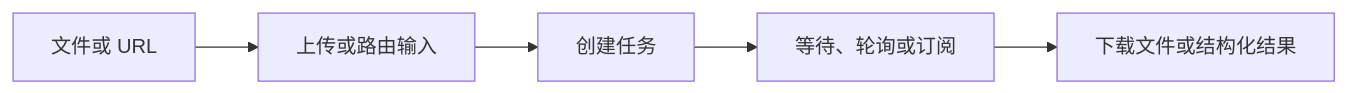
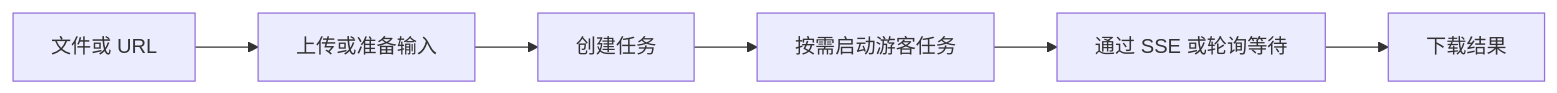
The diagram in docs/zh/deckops/overview.mdx (kobebryantwt/deckhtml), drawn with Mermaid before and after one commit. The commit also changed other lines of this file and 74 other files, not shown here.

````diff
--- a/docs/zh/deckops/overview.mdx
+++ b/docs/zh/deckops/overview.mdx
@@ -9,7 +18,8 @@
 ```mermaid
 flowchart LR
-  I["文件或 URL"] --> U["上传或路由输入"]
-  U --> T["创建任务"]
-  T --> W["等待、轮询或订阅"]
-  W --> R["下载文件或结构化结果"]
+  I["文件或 URL"] --> U["上传或准备输入"]
+  U --> C["创建任务"]
+  C --> S["按需启动游客任务"]
+  S --> W["通过 SSE 或轮询等待"]
+  W --> R["下载结果"]
 ```
````
